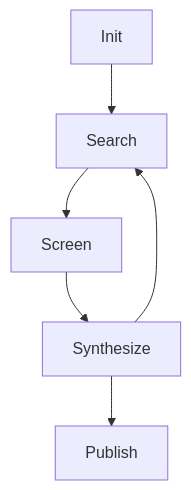
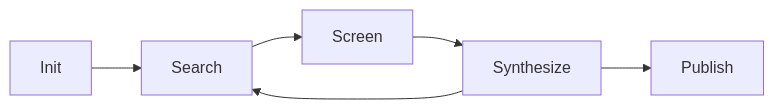
Before and after one commit to geritwagner/colrev_docs_demo: the diagram in index.md, drawn with Mermaid.

````diff
--- a/index.md
+++ b/index.md
@@ -18,8 +18,8 @@
 ```mermaid
-flowchart TD
+flowchart LR
     A[Init] --> B[Search]
     B --> C[Screen]
     C --> D[Synthesize]
     D --> B
     D --> E[Publish]
 ```
````
